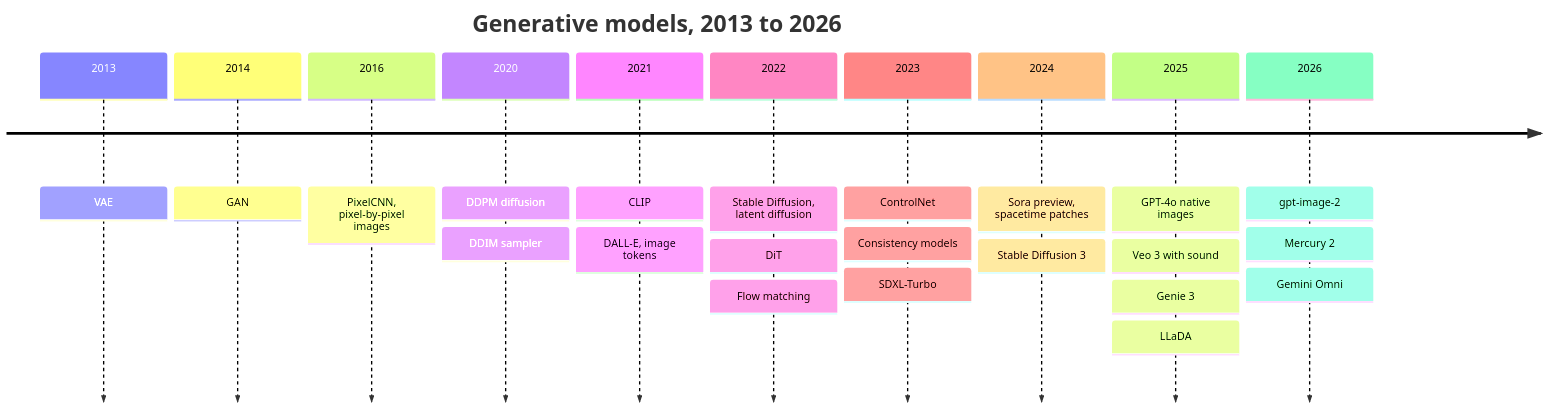
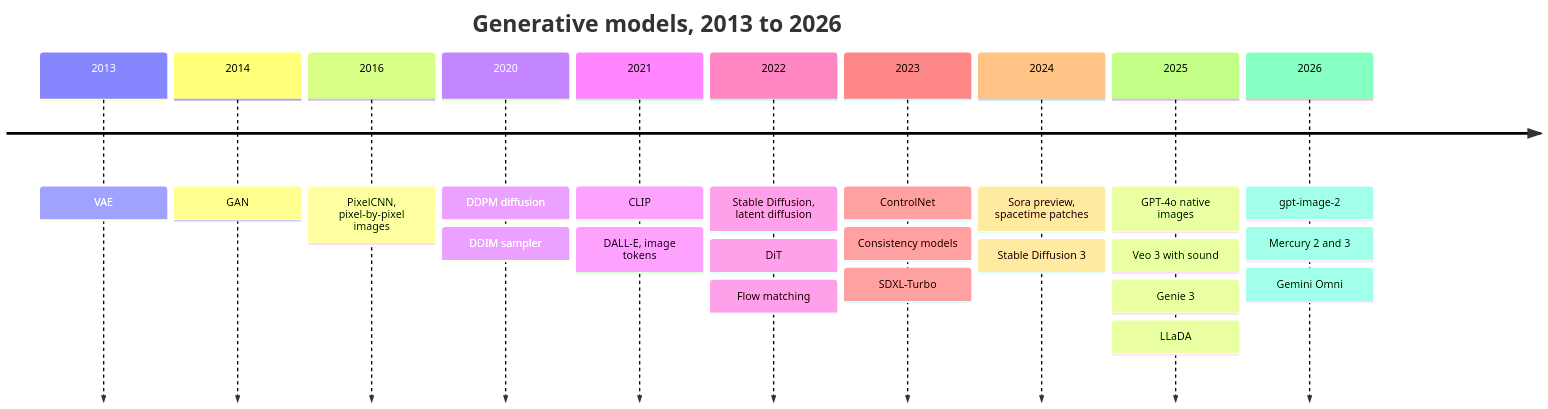
The eighth of 8 diagrams in ai-book/chapters/16-generative-models.md (mcichael1-eng/Leash-Holder-2), drawn with Mermaid before and after one commit. The commit also changed other lines of this file and 23 other files, not shown here.

````diff
--- a/ai-book/chapters/16-generative-models.md
+++ b/ai-book/chapters/16-generative-models.md
@@ -617,14 +617,14 @@
 ```mermaid
 timeline
   title Generative models, 2013 to 2026
   2013 : VAE
   2014 : GAN
   2016 : PixelCNN, pixel-by-pixel images
   2020 : DDPM diffusion : DDIM sampler
   2021 : CLIP : DALL-E, image tokens
   2022 : Stable Diffusion, latent diffusion : DiT : Flow matching
   2023 : ControlNet : Consistency models : SDXL-Turbo
   2024 : Sora preview, spacetime patches : Stable Diffusion 3
   2025 : GPT-4o native images : Veo 3 with sound : Genie 3 : LLaDA
-  2026 : gpt-image-2 : Mercury 2 : Gemini Omni
+  2026 : gpt-image-2 : Mercury 2 and 3 : Gemini Omni
 ```
````
